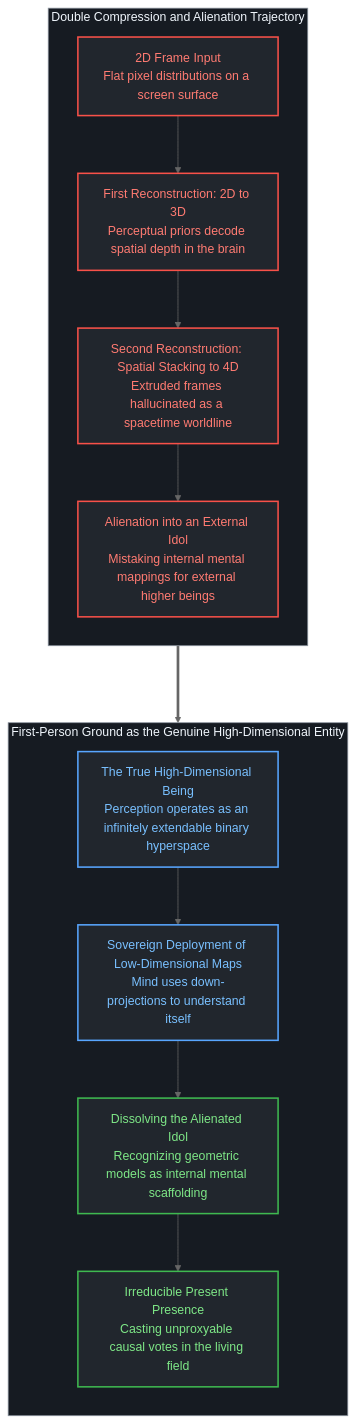
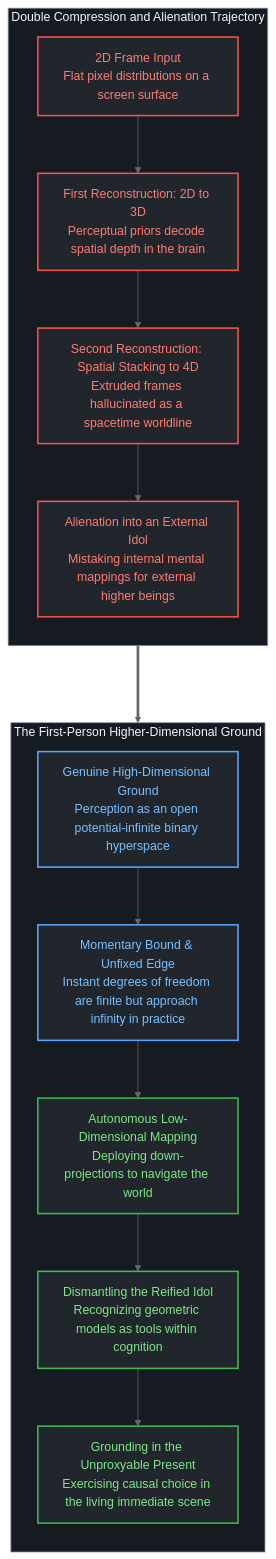
One commit to powerpig99/not-a-toe changed the second of 4 diagrams in content/posts/the-myth-of-the-four-dimensional-deer-and-the-present-model.md. Above: the diagram before and after it, drawn with Mermaid (neutral theme). The commit also changed other lines of this file and 3 other files, not shown here.

Commit message:
refine(post-343): clarify potential infinity vs actual infinity & information domain in 4D deer critique

````diff
--- a/content/posts/the-myth-of-the-four-dimensional-deer-and-the-present-model.md
+++ b/content/posts/the-myth-of-the-four-dimensional-deer-and-the-present-model.md
@@ -53,29 +62,30 @@
 ```mermaid
 graph TD
     classDef default fill:#0d1117,stroke:#30363d,stroke-width:1px,color:#c9d1d9;
     classDef canvas fill:#161b22,stroke:#8b949e,stroke-width:1px,color:#f0f6fc;
     classDef errNode fill:#21262d,stroke:#f85149,stroke-width:2px,color:#ff7b72;
     classDef actNode fill:#21262d,stroke:#58a6ff,stroke-width:2px,color:#79c0ff;
     classDef resNode fill:#21262d,stroke:#3fb950,stroke-width:2px,color:#7ee787;
 
     subgraph ErrorTrack ["Double Compression and Alienation Trajectory"]
         direction TB
         E1["2D Frame Input<br/>Flat pixel distributions on a screen surface"] --> E2["First Reconstruction: 2D to 3D<br/>Perceptual priors decode spatial depth in the brain"]
         E2 --> E3["Second Reconstruction: Spatial Stacking to 4D<br/>Extruded frames hallucinated as a spacetime worldline"]
         E3 --> E4["Alienation into an External Idol<br/>Mistaking internal mental mappings for external higher beings"]
     end
 
     ErrorTrack ===> RealityTrack
 
-    subgraph RealityTrack ["First-Person Ground as the Genuine High-Dimensional Entity"]
+    subgraph RealityTrack ["The First-Person Higher-Dimensional Ground"]
         direction TB
-        R1["The True High-Dimensional Being<br/>Perception operates as an infinitely extendable binary hyperspace"] --> R2["Sovereign Deployment of Low-Dimensional Maps<br/>Mind uses down-projections to understand itself"]
-        R2 --> R3["Dissolving the Alienated Idol<br/>Recognizing geometric models as internal mental scaffolding"]
-        R3 --> R4["Irreducible Present Presence<br/>Casting unproxyable causal votes in the living field"]
+        R1["Genuine High-Dimensional Ground<br/>Perception as an open potential-infinite binary hyperspace"] --> R2["Momentary Bound & Unfixed Edge<br/>Instant degrees of freedom are finite but approach infinity in practice"]
+        R2 --> R3["Autonomous Low-Dimensional Mapping<br/>Deploying down-projections to navigate the world"]
+        R3 --> R4["Dismantling the Reified Idol<br/>Recognizing geometric models as tools within cognition"]
+        R4 --> R5["Grounding in the Unproxyable Present<br/>Exercising causal choice in the living immediate scene"]
     end
 
     class ErrorTrack,RealityTrack canvas;
     class E1,E2,E3,E4 errNode;
     class R1,R2 actNode;
-    class R3,R4 resNode;
+    class R3,R4,R5 resNode;
 ```
````
